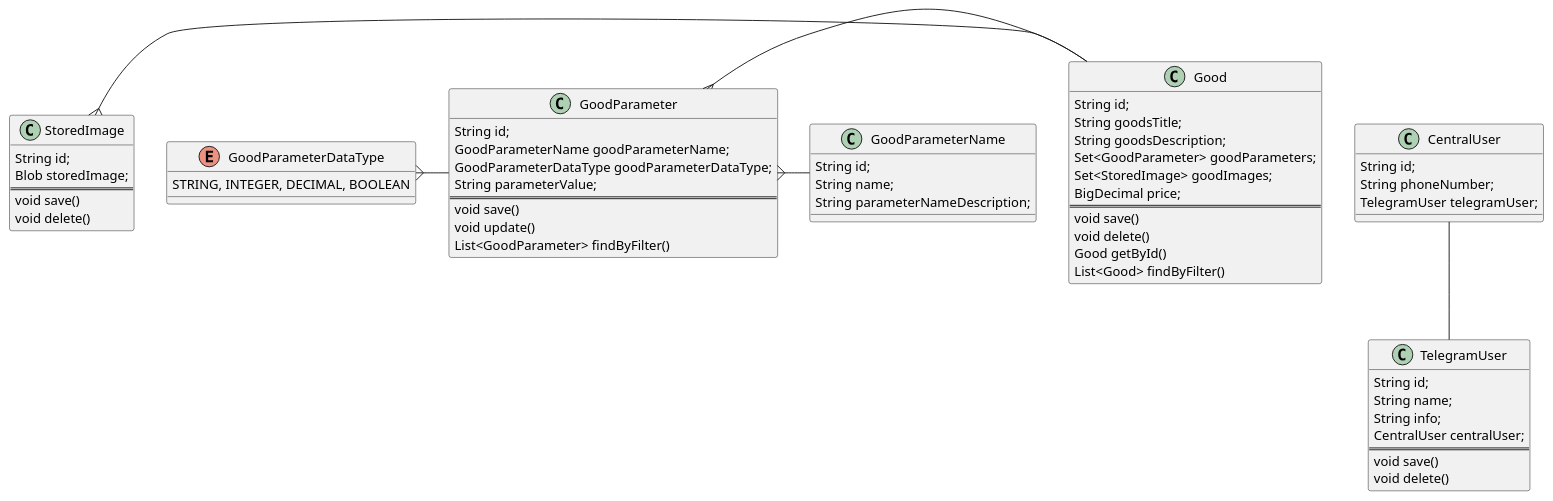
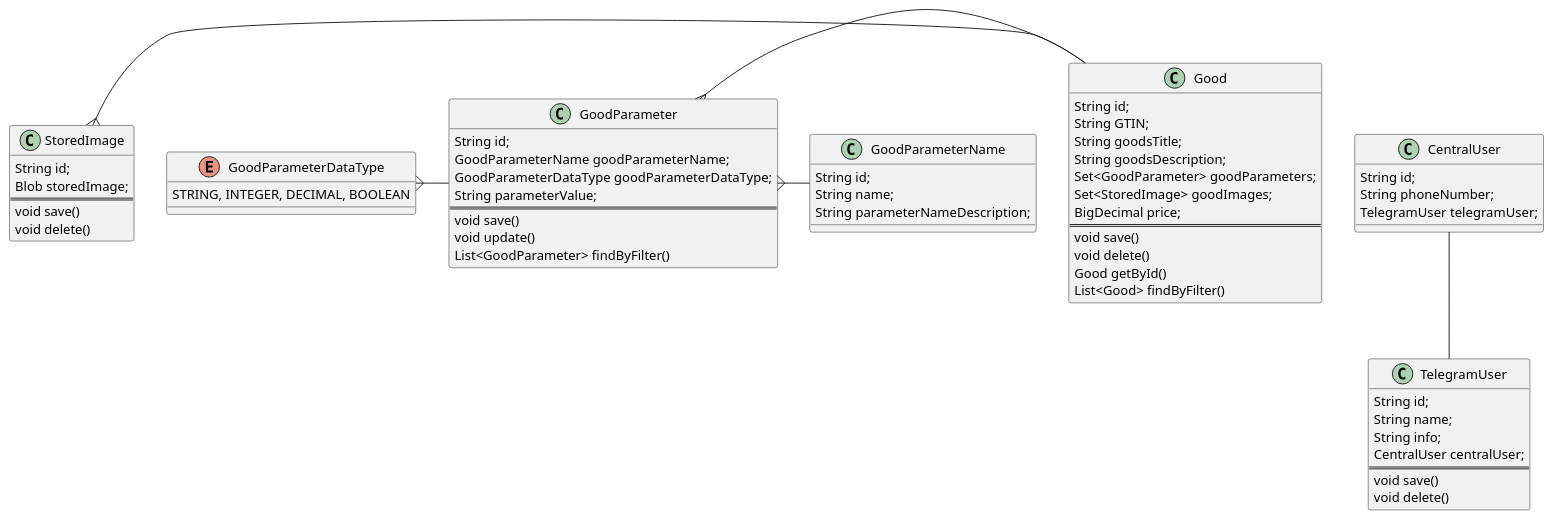
Before and after one commit to ViktorVx/hibernate-learning: the diagram in documentation/schema.puml, drawn with PlantUML. The commit also changed 2 other files, not shown here.

```diff
--- a/documentation/schema.puml
+++ b/documentation/schema.puml
@@ -1,66 +1,67 @@
 @startuml
 class CentralUser {
     String id;
     String phoneNumber;
     TelegramUser telegramUser;
 }
 
 class TelegramUser {
     String id;
     String name;
     String info;
     CentralUser centralUser;
     ==
     void save()
     void delete()
 }
 
 class Good {
     String id;
+    String GTIN;
     String goodsTitle;
     String goodsDescription;
     Set<GoodParameter> goodParameters;
     Set<StoredImage> goodImages;
     BigDecimal price;
     ==
     void save()
     void delete()
     Good getById()
     List<Good> findByFilter()
 }
 
 class GoodParameter {
     String id;
     GoodParameterName goodParameterName;
     GoodParameterDataType goodParameterDataType;
     String parameterValue;
     ==
     void save()
     void update()
     List<GoodParameter> findByFilter()
 }
 
 class StoredImage {
     String id;
     Blob storedImage;
     ==
     void save()
     void delete()
 }
 
 enum GoodParameterDataType {
     STRING, INTEGER, DECIMAL, BOOLEAN
 }
 
 class GoodParameterName {
     String id;
     String name;
     String parameterNameDescription;
 }
 
 GoodParameter }- Good
 GoodParameter }- GoodParameterName
 StoredImage }- Good
 GoodParameterDataType }- GoodParameter
 CentralUser -- TelegramUser
 @enduml
```
